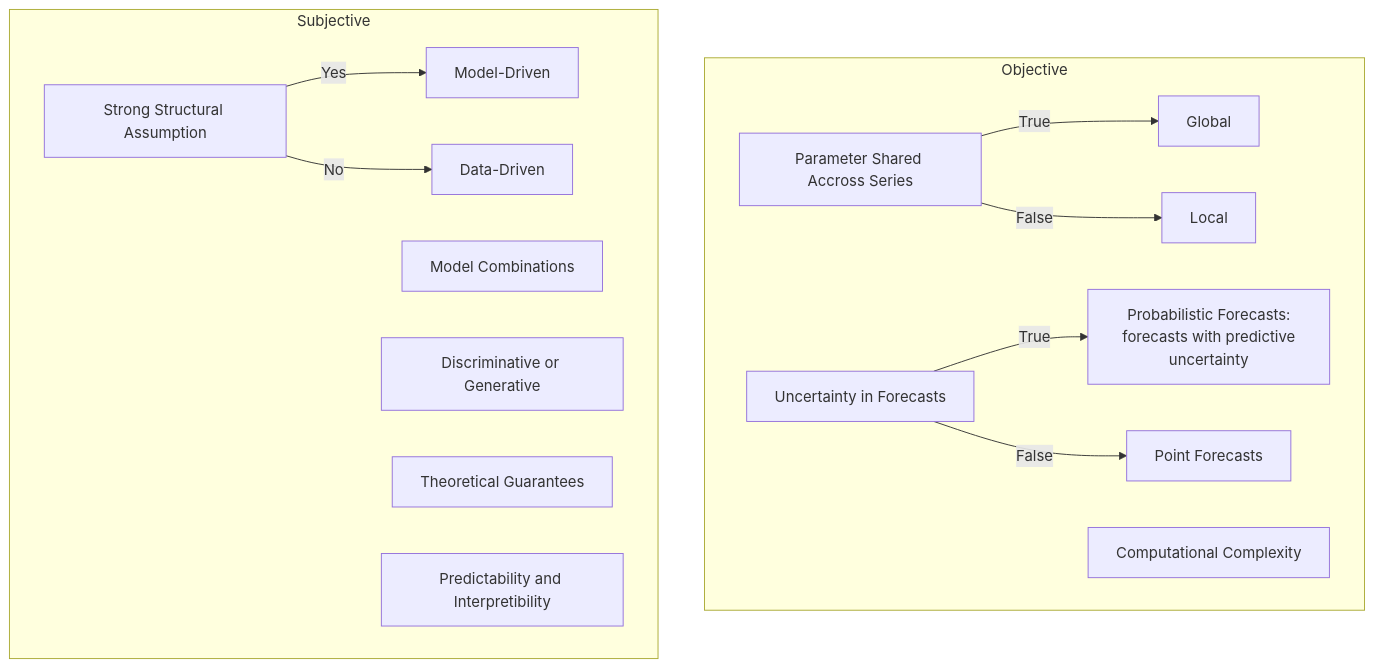
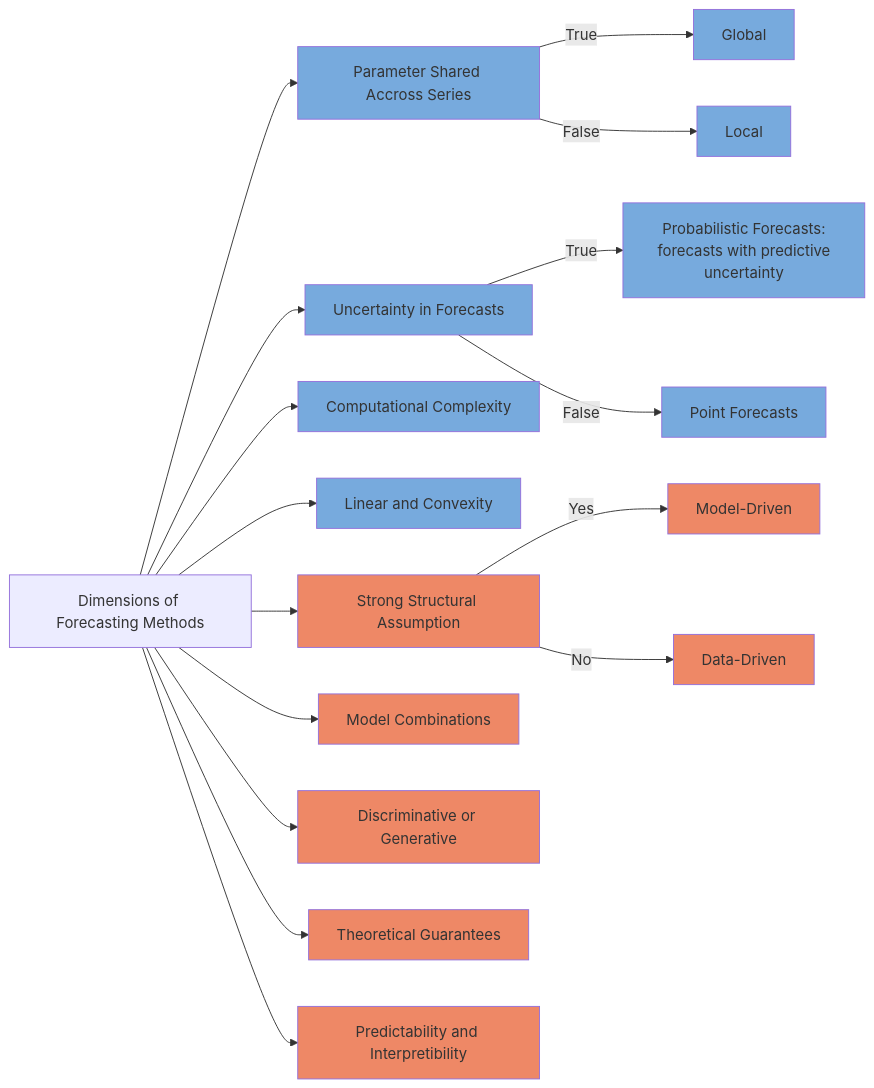
The diagram in dl/time-series/index.md (emptymalei/deep-learning), drawn with Mermaid before and after one commit. The commit also changed other lines of this file, not shown here.

Commit message:
categorization of forecasting methods

````diff
--- a/dl/time-series/index.md
+++ b/dl/time-series/index.md
@@ -39,35 +38,46 @@
 ```mermaid
-flowchart TB
+flowchart LR
+classDef subjective fill:#EE8866;
+classDef objective fill:#77AADD;
 
-subgraph Objective
+dimensions["Dimensions of Forecasting Methods"]
 
-params_shared["Parameter Shared Accross Series"]
+%% Objective
 
-params_shared --"True"-->Global
-params_shared --"False"-->Local
+params_shared["Parameter Shared Accross Series"]:::objective
 
-uncertainty["Uncertainty in Forecasts"]
-uncertainty --"True"--> Probabilistic["Probabilistic Forecasts:\n forecasts with predictive uncertainty"]
-uncertainty --"False"--> Point["Point Forecasts"]
+params_shared --"True"-->Global:::objective
+params_shared --"False"-->Local:::objective
 
-computational_complexity["Computational Complexity"]
+uncertainty["Uncertainty in Forecasts"]:::objective
+uncertainty --"True"--> Probabilistic["Probabilistic Forecasts:\n forecasts with predictive uncertainty"]:::objective
+uncertainty --"False"--> Point["Point Forecasts"]:::objective
 
-end
+computational_complexity["Computational Complexity"]:::objective
+linear_convexity["Linear and Convexity"]:::objective
+
+dimensions --> params_shared
+dimensions --> uncertainty
+dimensions --> computational_complexity
+dimensions --> linear_convexity
 
 
+%% Subjective
 
-subgraph Subjective
+structural_assumptions["Strong Structural Assumption"]:::subjective --"Yes"--> model_driven["Model-Driven"]:::subjective
+structural_assumptions --"No"--> data_driven["Data-Driven"]:::subjective
 
-structural_assumptions["Strong Structural Assumption"] --"Yes"--> model_driven["Model-Driven"]
-structural_assumptions --"No"--> data_driven["Data-Driven"]
+model_comb["Model Combinations"]:::subjective
 
-model_comb["Model Combinations"]
+discriminative_generative["Discriminative or Generative"]:::subjective
 
-discriminative_generative["Discriminative or Generative"]
+theoretical_guarantees["Theoretical Guarantees"]:::subjective
 
-theoretical_guarantees["Theoretical Guarantees"]
+predictability_interpretability["Predictability and Interpretibility"]:::subjective
 
-predictability_interpretability["Predictability and Interpretibility"]
-
-end
+dimensions --> structural_assumptions
+dimensions --> model_comb
+dimensions --> discriminative_generative
+dimensions --> theoretical_guarantees
+dimensions --> predictability_interpretability
 ```
````
